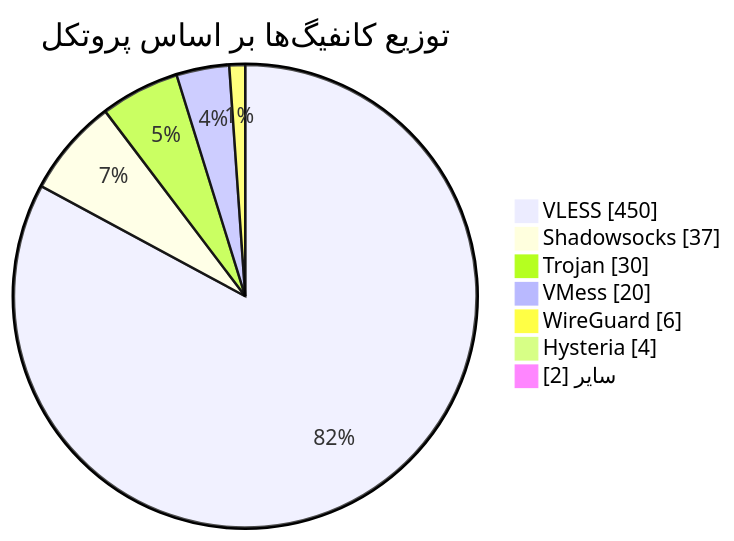
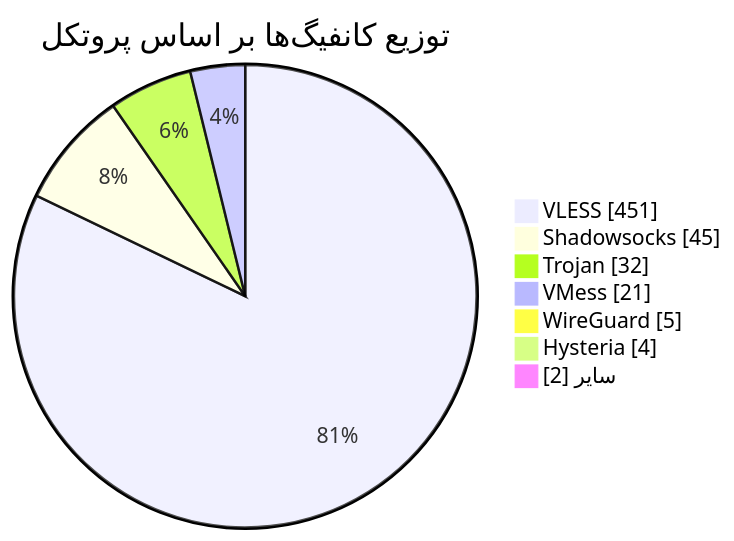
Before and after one commit to Arian-Alijani/Somthing: the diagram in README.md, drawn with Mermaid. The commit also changed other lines of this file and 85 other files, not shown here.

````diff
--- a/README.md
+++ b/README.md
@@ -49,11 +49,11 @@
 ```mermaid
 pie showData
     title توزیع کانفیگ‌ها بر اساس پروتکل
-    "VLESS" : 450
-    "Shadowsocks" : 37
-    "Trojan" : 30
-    "VMess" : 20
-    "WireGuard" : 6
+    "VLESS" : 451
+    "Shadowsocks" : 45
+    "Trojan" : 32
+    "VMess" : 21
+    "WireGuard" : 5
     "Hysteria" : 4
     "سایر" : 2
 ```
````
